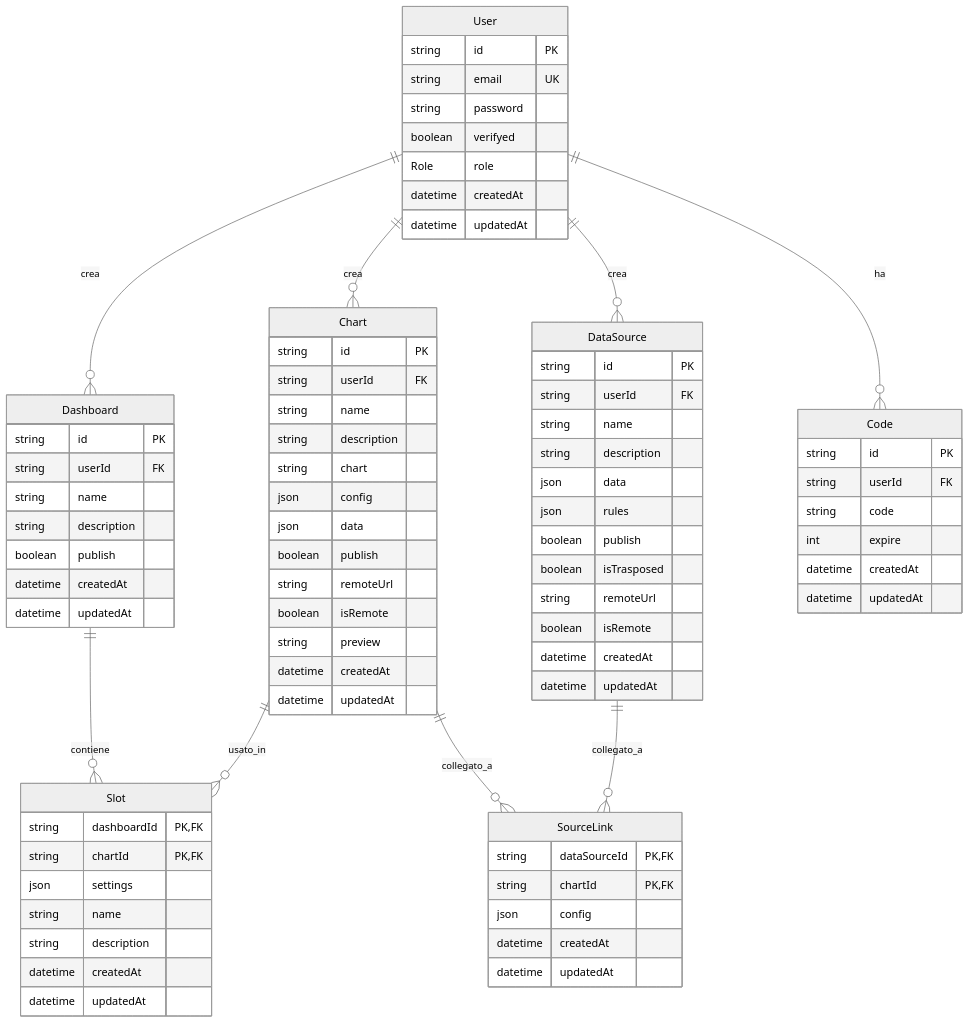
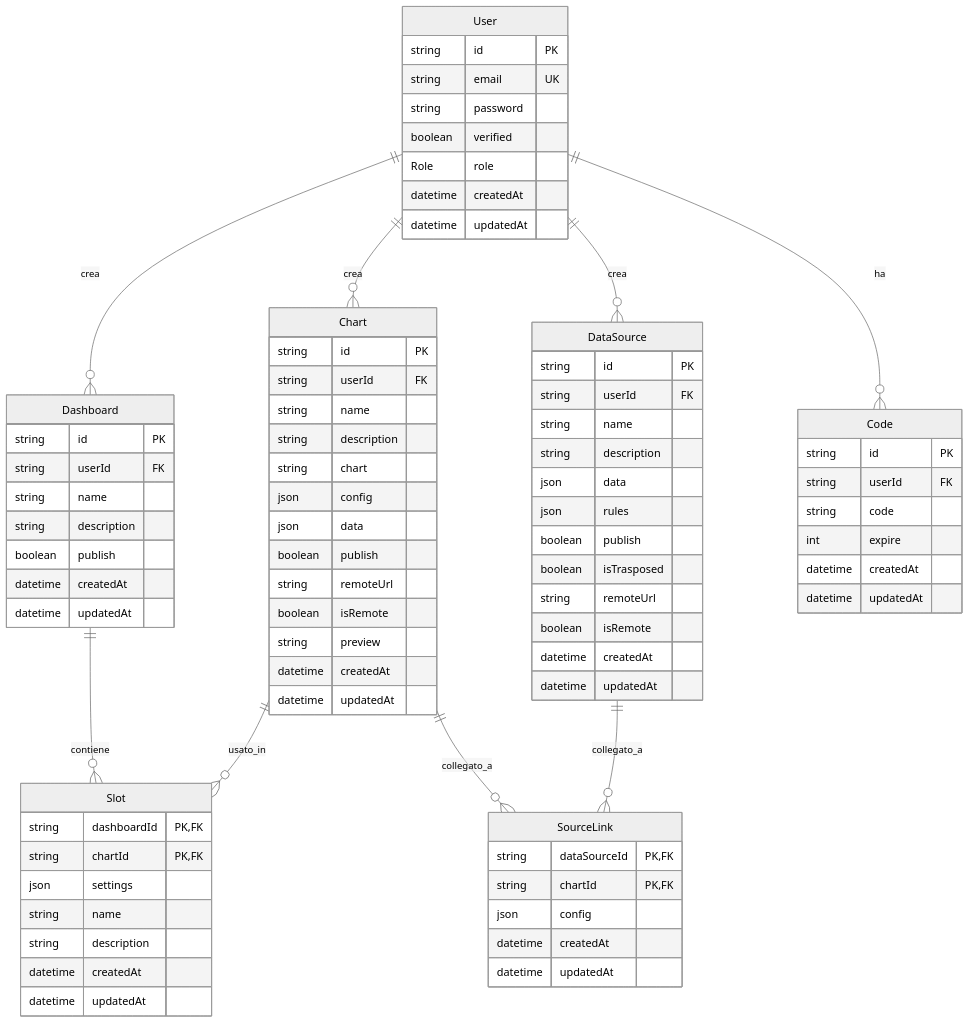
One commit to italia/graph-italia changed the first of 15 diagrams in README.md. Above: the diagram before and after it, drawn with Mermaid (neutral theme). The commit also changed other lines of this file and 10 other files, not shown here.

```diff
--- a/README.md
+++ b/README.md
@@ -128,7 +128,7 @@
         string id PK
         string email UK
         string password
-        boolean verifyed
+        boolean verified
         Role role
         datetime createdAt
         datetime updatedAt
```
